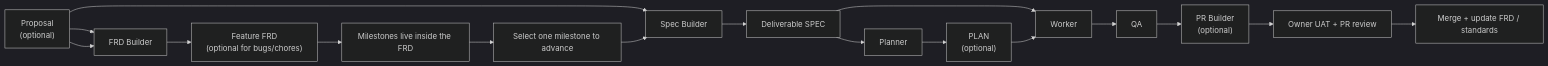
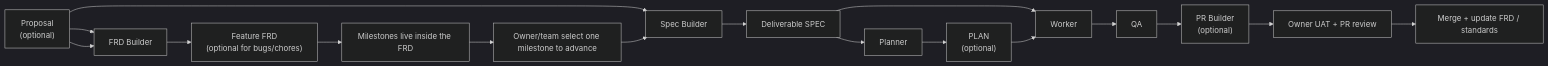
One commit to zazzcode/zazz-skills changed the third of 3 diagrams in zazz-framework.md. Above: the diagram before and after it, drawn with Mermaid (dark theme). The commit also changed other lines of this file, not shown here.

Commit message:
Clarify milestone-to-spec handoff in FRD flow

````diff
--- a/zazz-framework.md
+++ b/zazz-framework.md
@@ -676,19 +677,19 @@
 ```mermaid
 flowchart LR
     P["Proposal\n(optional)"] --> FB["FRD Builder"]
     P --> SB["Spec Builder"]
     FB --> F["Feature FRD\n(optional for bugs/chores)"]
     F --> M["Milestones live inside the FRD"]
-    M --> SM["Select one milestone to advance"]
+    M --> SM["Owner/team select one milestone to advance"]
     SM --> SB
     P --> FB
     SB --> SPEC["Deliverable SPEC"]
     SPEC --> PL["Planner"]
     PL --> PLAN["PLAN\n(optional)"]
     SPEC --> W["Worker"]
     PLAN --> W
     W --> QA["QA"]
     QA --> PR["PR Builder\n(optional)"]
     PR --> G["Owner UAT + PR review"]
     G --> U["Merge + update FRD / standards"]
 ```
````
